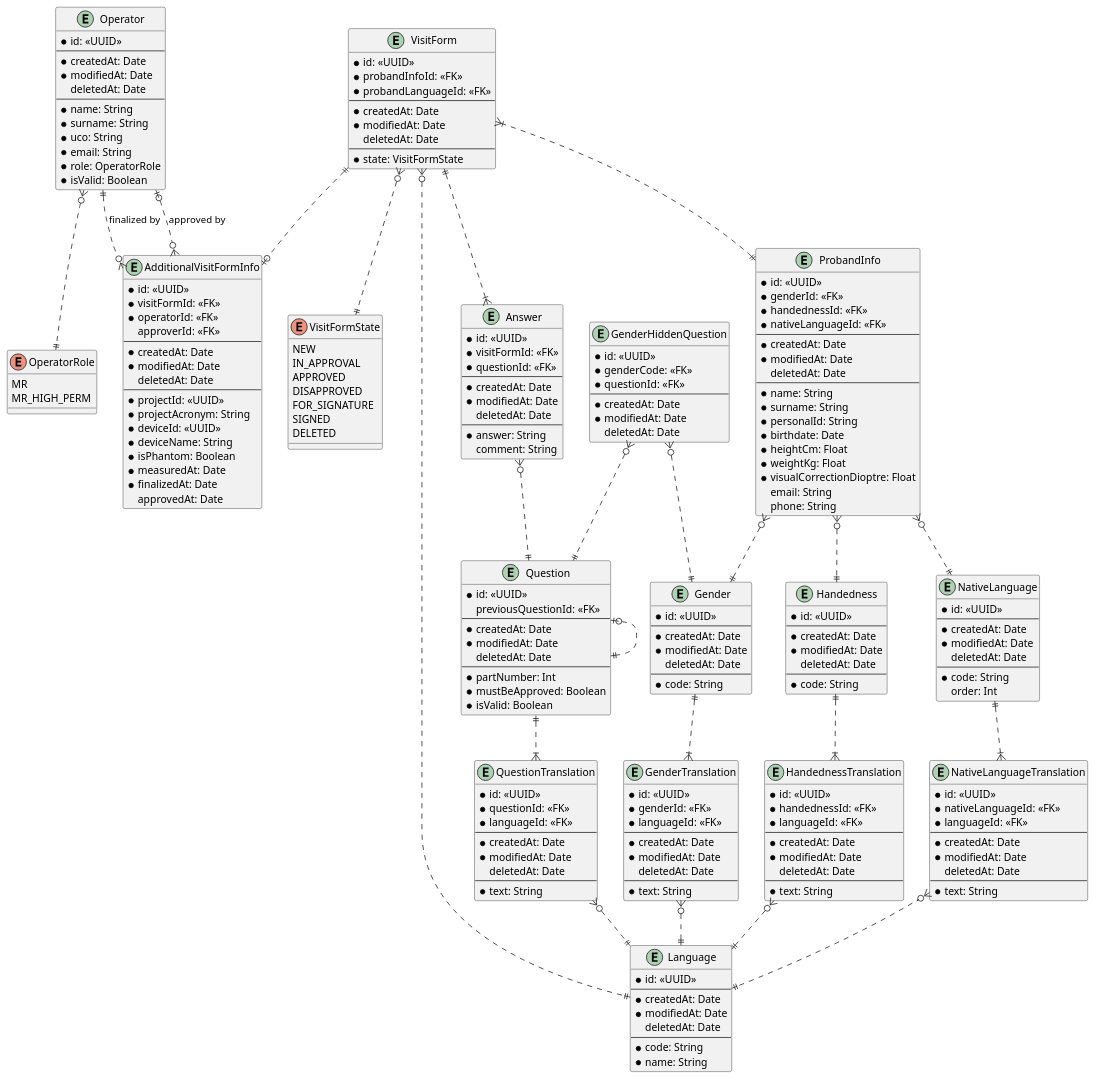
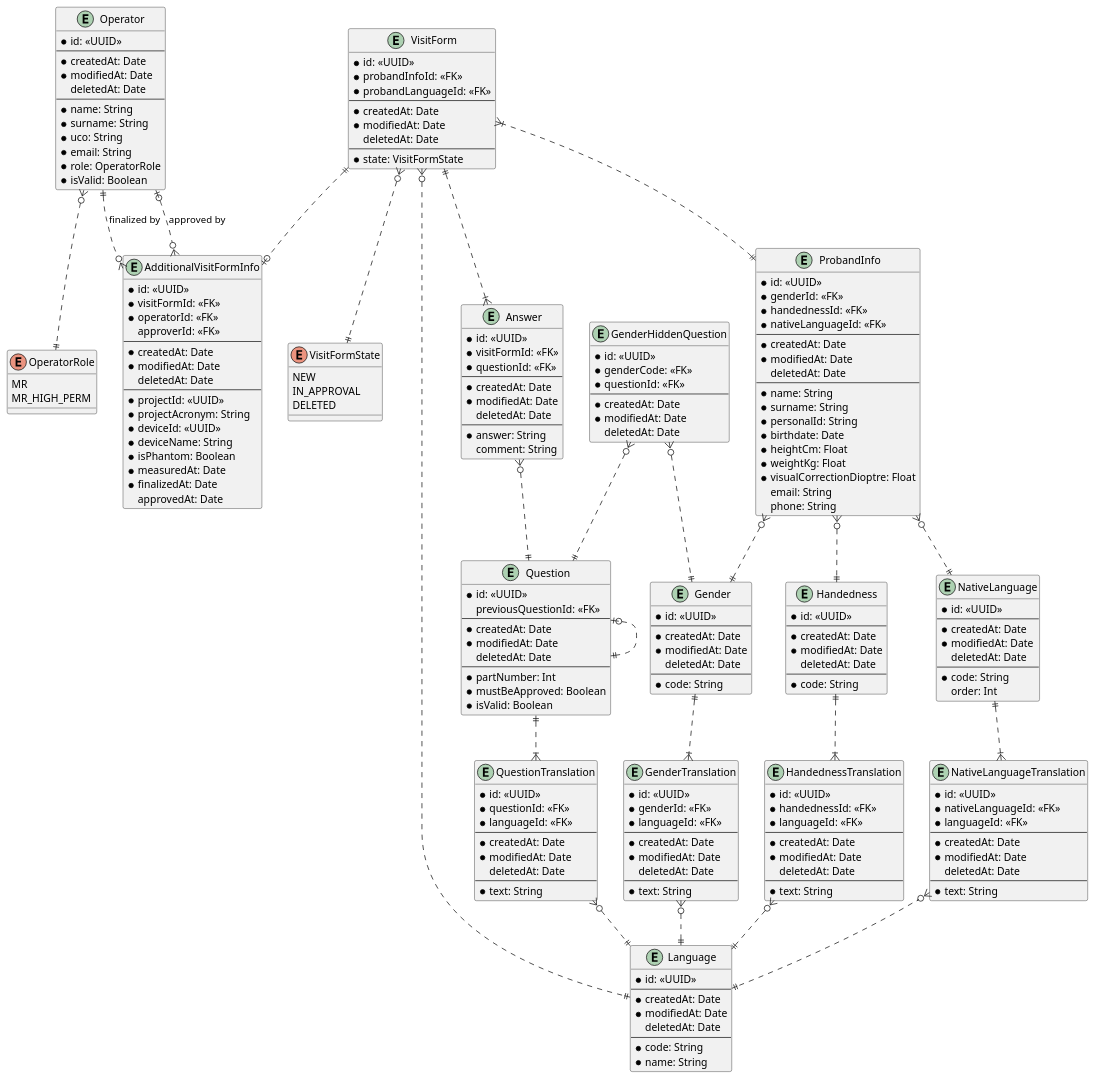
Before and after one commit to lukas-kratochvil/mafil-proband-safety-questionnaire: the diagram in docs/ERD.puml, drawn with PlantUML. The commit also changed 3 other files, not shown here.

Commit message:
fix: Prisma schema - removed visit states from the VisitFormStates enum

```diff
--- a/docs/ERD.puml
+++ b/docs/ERD.puml
@@ -35,10 +35,6 @@
 enum VisitFormState {
   NEW
   IN_APPROVAL
-  APPROVED
-  DISAPPROVED
-  FOR_SIGNATURE
-  SIGNED
   DELETED
 }
 
```
